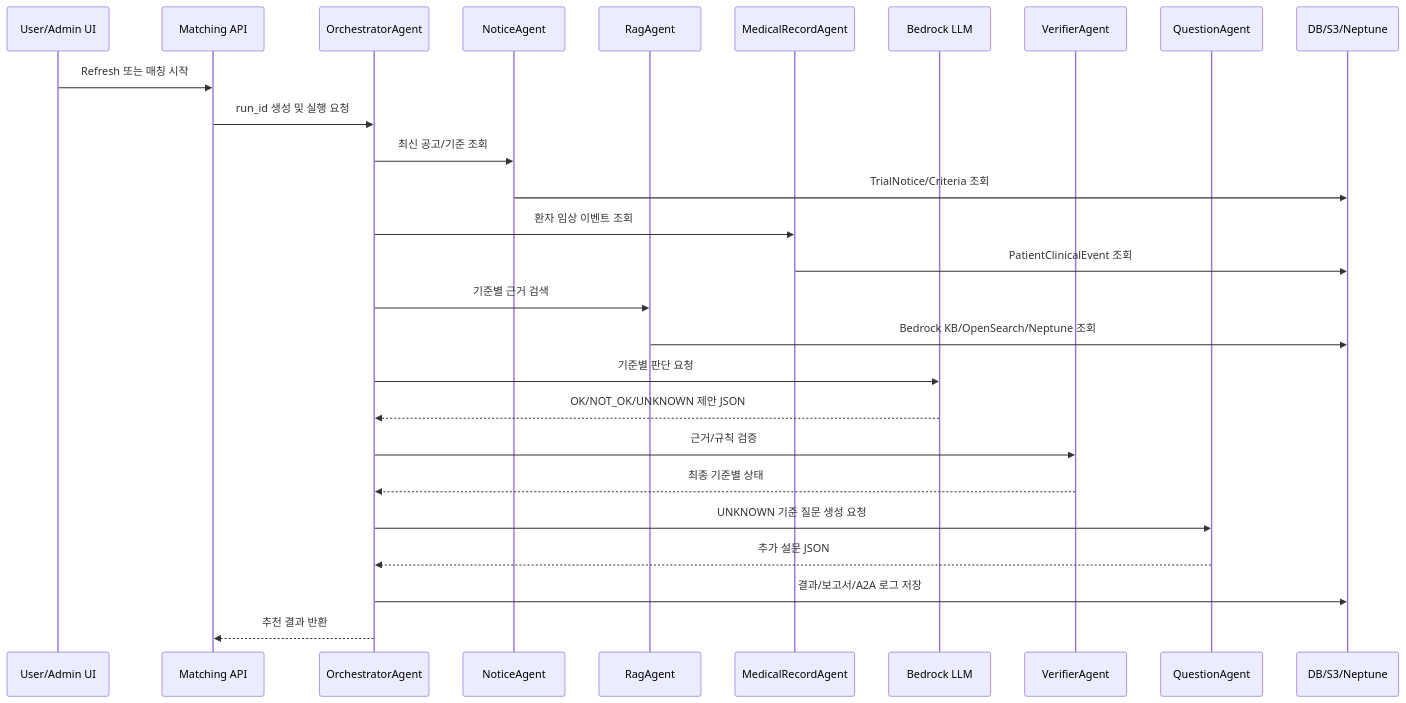
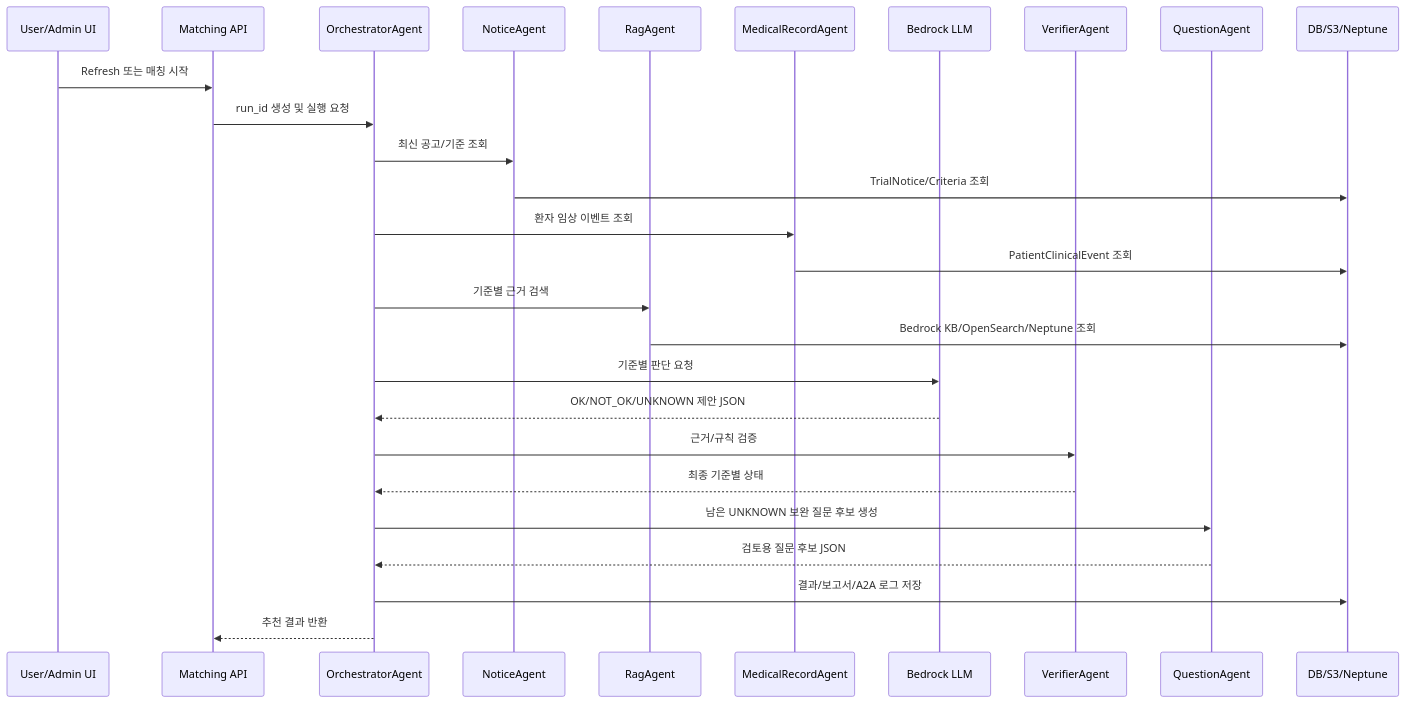
The sixth of 7 diagrams in doc/MATCHING_MODEL_V2.md (1jaekim/AWS_Healthcare), drawn with Mermaid before and after one commit. The commit also changed other lines of this file and 1 other file, not shown here.

Commit message:
docs: update matching workflow architecture

````diff
--- a/doc/MATCHING_MODEL_V2.md
+++ b/doc/MATCHING_MODEL_V2.md
@@ -457,30 +546,30 @@
 ```mermaid
 sequenceDiagram
     participant UI as User/Admin UI
     participant API as Matching API
     participant ORCH as OrchestratorAgent
     participant NOTICE as NoticeAgent
     participant RAG as RagAgent
-    participant EMR as MedicalRecordAgent
+    participant RECORD as MedicalRecordAgent
     participant LLM as Bedrock LLM
     participant VERIFY as VerifierAgent
     participant Q as QuestionAgent
     participant DB as DB/S3/Neptune
 
     UI->>API: Refresh 또는 매칭 시작
     API->>ORCH: run_id 생성 및 실행 요청
     ORCH->>NOTICE: 최신 공고/기준 조회
     NOTICE->>DB: TrialNotice/Criteria 조회
-    ORCH->>EMR: 환자 임상 이벤트 조회
-    EMR->>DB: PatientClinicalEvent 조회
+    ORCH->>RECORD: 환자 임상 이벤트 조회
+    RECORD->>DB: PatientClinicalEvent 조회
     ORCH->>RAG: 기준별 근거 검색
     RAG->>DB: Bedrock KB/OpenSearch/Neptune 조회
     ORCH->>LLM: 기준별 판단 요청
     LLM-->>ORCH: OK/NOT_OK/UNKNOWN 제안 JSON
     ORCH->>VERIFY: 근거/규칙 검증
     VERIFY-->>ORCH: 최종 기준별 상태
-    ORCH->>Q: UNKNOWN 기준 질문 생성 요청
-    Q-->>ORCH: 추가 설문 JSON
+    ORCH->>Q: 남은 UNKNOWN 보완 질문 후보 생성
+    Q-->>ORCH: 검토용 질문 후보 JSON
     ORCH->>DB: 결과/보고서/A2A 로그 저장
     ORCH-->>API: 추천 결과 반환
 ```
````
